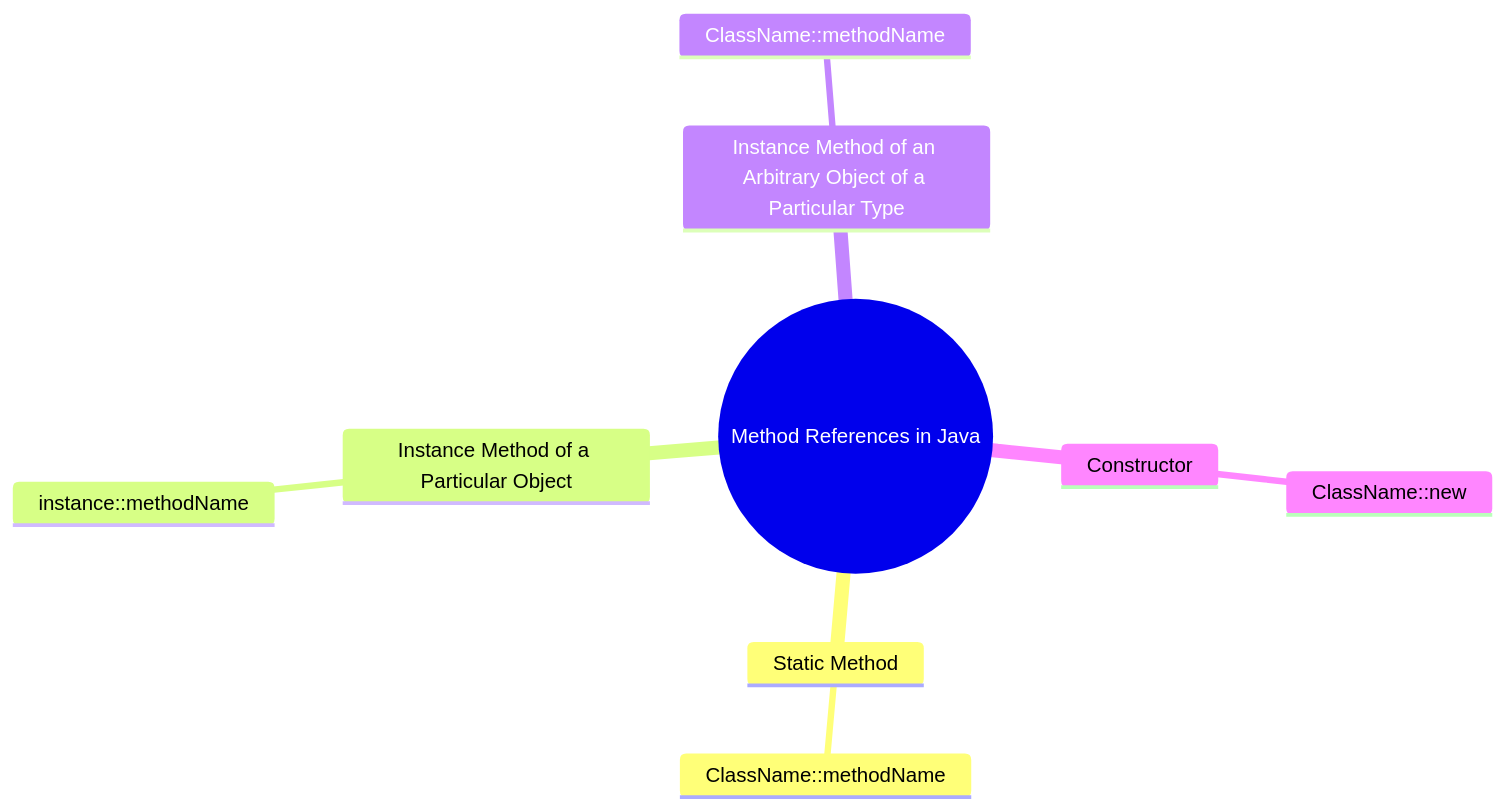
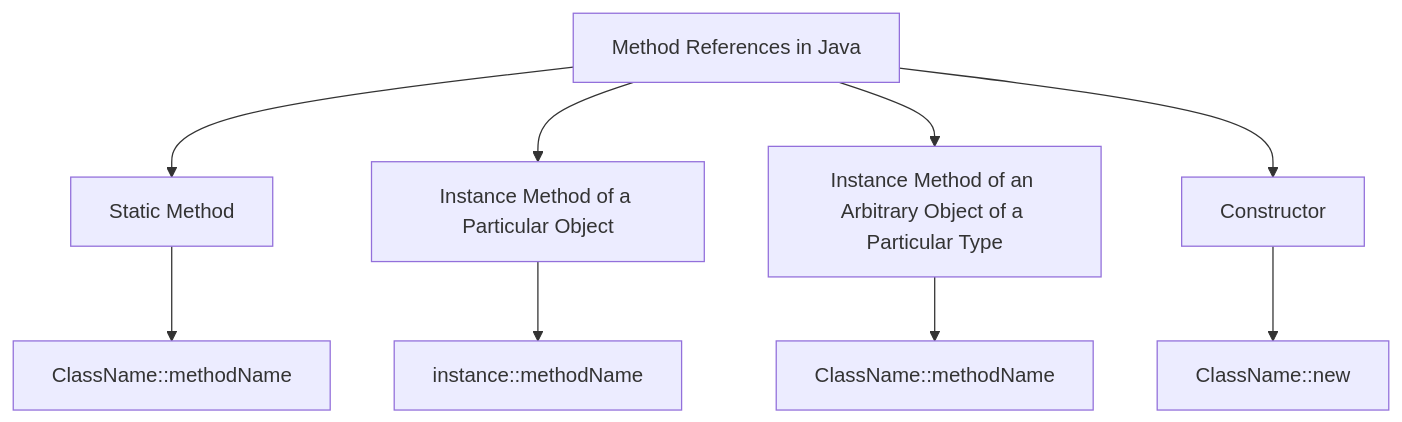
The diagram in src/assets/tutorials/java/method-reference.md (5hu6hamKadam/javadoc), drawn with Mermaid before and after one commit. The commit also changed 2 other files, not shown here.

Commit message:
fixed navbar color bug

````diff
--- a/src/assets/tutorials/java/method-reference.md
+++ b/src/assets/tutorials/java/method-reference.md
@@ -4,12 +4,12 @@
 ```mermaid
-mindmap
-  root((Method References in Java))
-    Static Method
-      ClassName::methodName
-    Instance Method of a Particular Object
-      instance::methodName
-    Instance Method of an Arbitrary Object of a Particular Type
-      ClassName::methodName
-    Constructor
-      ClassName::new
+graph TD
+  A[Method References in Java]
+  A --> B[Static Method]
+  B --> B1[ClassName::methodName]
+  A --> C[Instance Method of a Particular Object]
+  C --> C1[instance::methodName]
+  A --> D[Instance Method of an Arbitrary Object of a Particular Type]
+  D --> D1[ClassName::methodName]
+  A --> E[Constructor]
+  E --> E1[ClassName::new]
 ```
````
